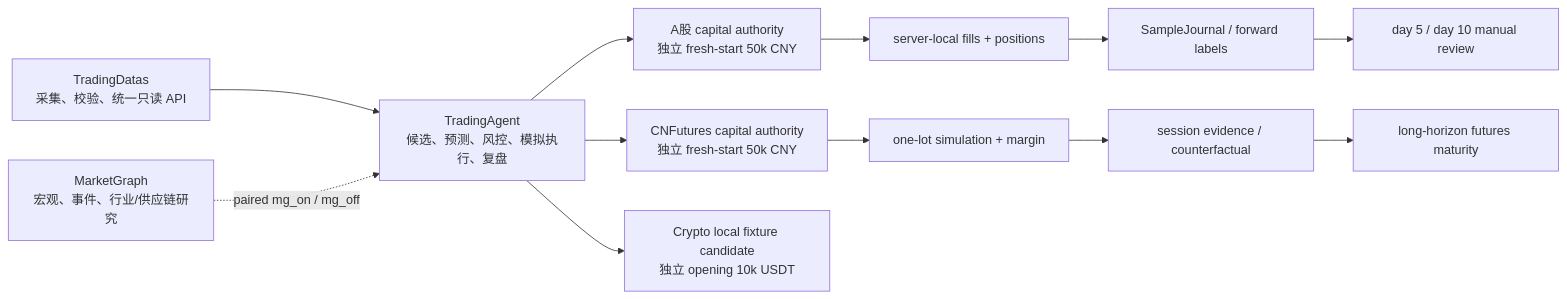
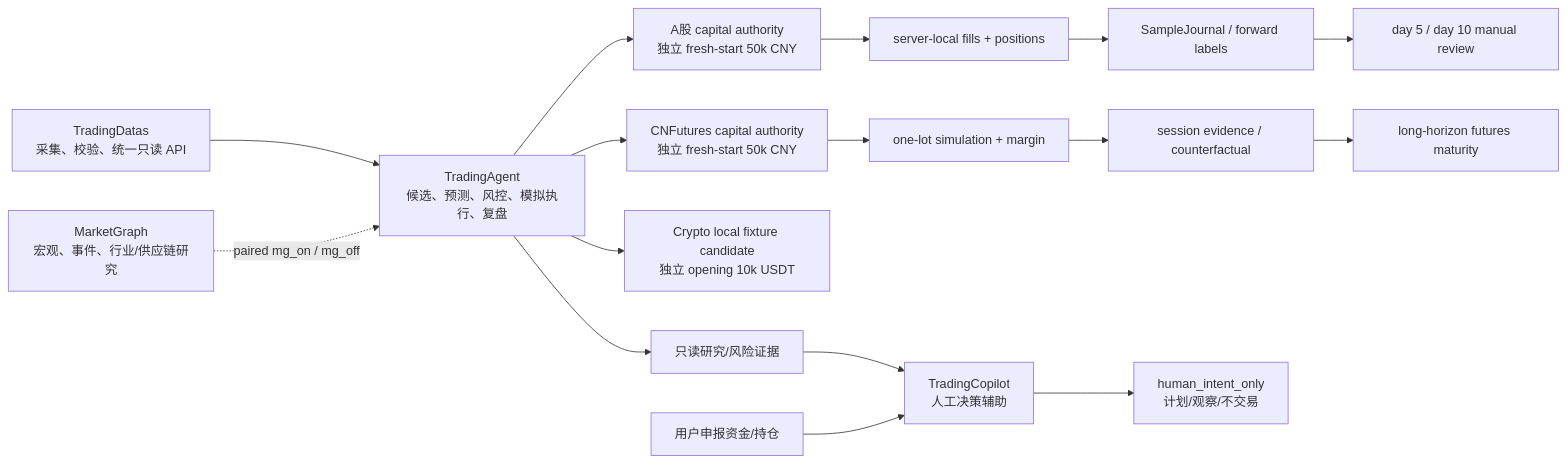
One commit to NicholasHan1226/Tradingagent.cc changed the first of 4 diagrams in docs/architecture.md. Above: the diagram before and after it, drawn with Mermaid. The commit also changed other lines of this file and 28 other files, not shown here.

Commit message:
feat: add TradingCopilot A-share decision workspace

````diff
--- a/docs/architecture.md
+++ b/docs/architecture.md
@@ -15,14 +17,18 @@
 ```mermaid
 flowchart LR
     TD["TradingDatas\n采集、校验、统一只读 API"] --> TA["TradingAgent\n候选、预测、风控、模拟执行、复盘"]
     MG["MarketGraph\n宏观、事件、行业/供应链研究"] -. "paired mg_on / mg_off" .-> TA
     TA --> AC["A股 capital authority\n独立 fresh-start 50k CNY"]
     TA --> FC["CNFutures capital authority\n独立 fresh-start 50k CNY"]
     TA --> CC["Crypto local fixture candidate\n独立 opening 10k USDT"]
     AC --> AE["server-local fills + positions"]
     FC --> FE["one-lot simulation + margin"]
     AE --> SJ["SampleJournal / forward labels"]
     FE --> FS["session evidence / counterfactual"]
+    TA --> RO["只读研究/风险证据"]
+    RO --> TC["TradingCopilot\n人工决策辅助"]
+    US["用户申报资金/持仓"] --> TC
+    TC --> HI["human_intent_only\n计划/观察/不交易"]
     SJ --> AM["day 5 / day 10 manual review"]
     FS --> FM["long-horizon futures maturity"]
 ```
````
